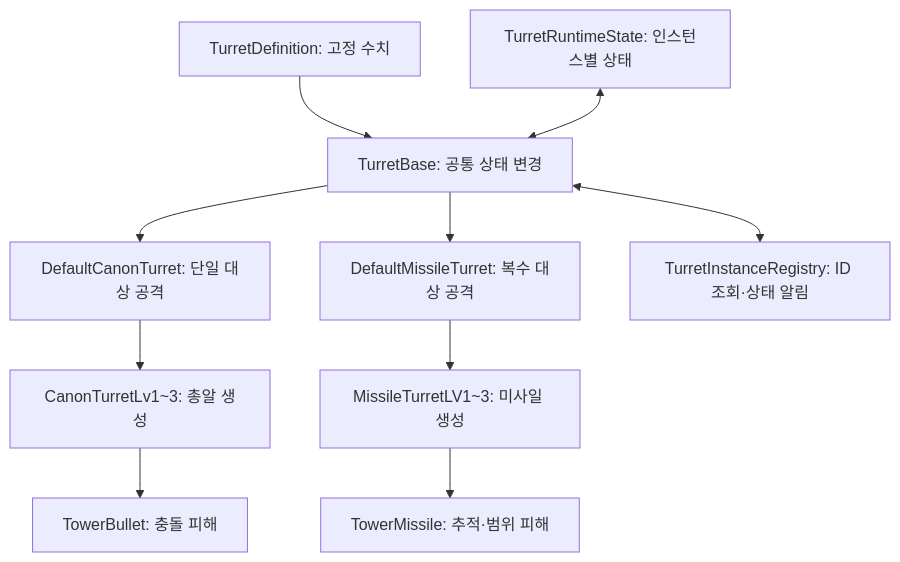
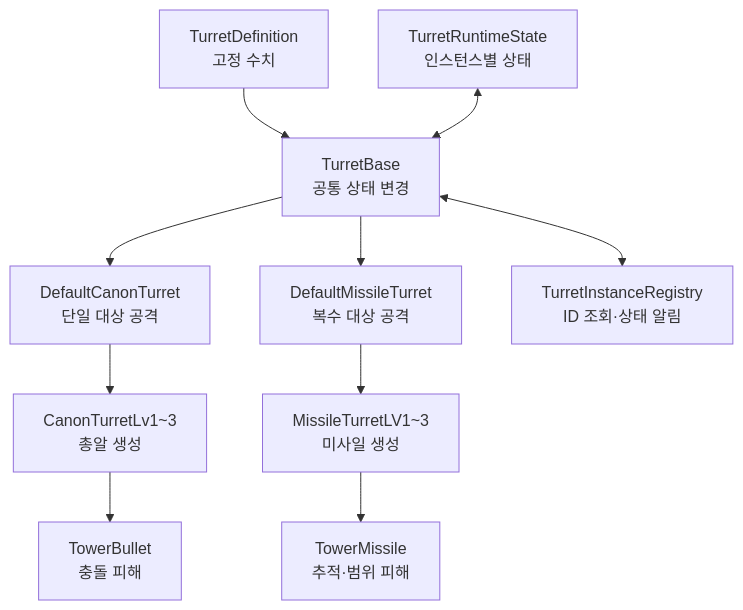
One commit to Team-HJD-21/unity-6-the-developer changed the first of 11 diagrams in Docs/architecture/turret-system-guide.md. Above: the diagram before and after it, drawn with Mermaid. The commit also changed other lines of this file and 1 other file, not shown here.

Commit message:
Docs(turret) : prevent text clipping in diagrams

````diff
--- a/Docs/architecture/turret-system-guide.md
+++ b/Docs/architecture/turret-system-guide.md
@@ -44,12 +44,12 @@
 ```mermaid
 flowchart TD
-    Definition["TurretDefinition: 고정 수치"] --> Base["TurretBase: 공통 상태 변경"]
-    State["TurretRuntimeState: 인스턴스별 상태"] <--> Base
-    Base --> Canon["DefaultCanonTurret: 단일 대상 공격"]
-    Base --> Missile["DefaultMissileTurret: 복수 대상 공격"]
-    Canon --> CanonLv["CanonTurretLv1~3: 총알 생성"]
-    Missile --> MissileLv["MissileTurretLV1~3: 미사일 생성"]
-    CanonLv --> Bullet["TowerBullet: 충돌 피해"]
-    MissileLv --> Projectile["TowerMissile: 추적·범위 피해"]
-    Base <--> Registry["TurretInstanceRegistry: ID 조회·상태 알림"]
+    Definition["TurretDefinition<br>고정 수치"] --> Base["TurretBase<br>공통 상태 변경"]
+    State["TurretRuntimeState<br>인스턴스별 상태"] <--> Base
+    Base --> Canon["DefaultCanonTurret<br>단일 대상 공격"]
+    Base --> Missile["DefaultMissileTurret<br>복수 대상 공격"]
+    Canon --> CanonLv["CanonTurretLv1~3<br>총알 생성"]
+    Missile --> MissileLv["MissileTurretLV1~3<br>미사일 생성"]
+    CanonLv --> Bullet["TowerBullet<br>충돌 피해"]
+    MissileLv --> Projectile["TowerMissile<br>추적·범위 피해"]
+    Base <--> Registry["TurretInstanceRegistry<br>ID 조회·상태 알림"]
 ```
````
